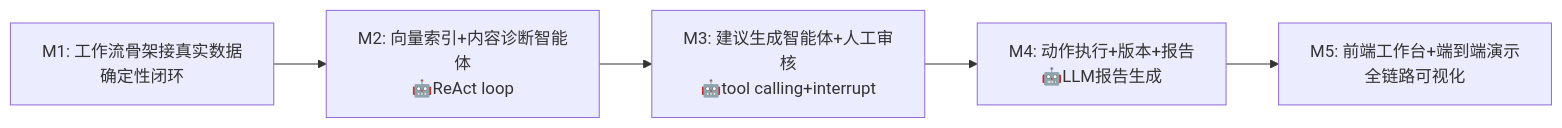
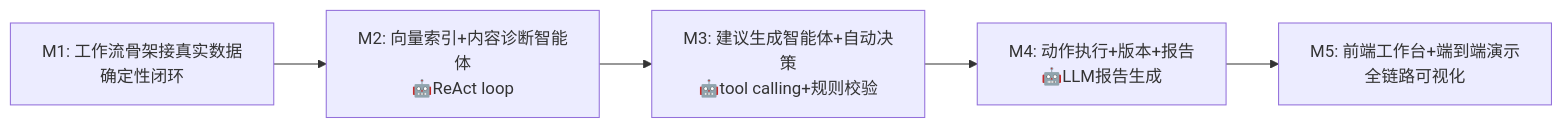
The diagram in dev-doc/00_开发里程碑索引.md (nagyan78/SystemMaintenanceAgent), drawn with Mermaid before and after one commit. The commit also changed other lines of this file and 78 other files, not shown here.

````diff
--- a/dev-doc/00_开发里程碑索引.md
+++ b/dev-doc/00_开发里程碑索引.md
@@ -66,7 +66,7 @@
 ```mermaid
 graph LR
     M1[M1: 工作流骨架接真实数据<br/>确定性闭环] --> M2[M2: 向量索引+内容诊断智能体<br/>🤖ReAct loop]
-    M2 --> M3[M3: 建议生成智能体+人工审核<br/>🤖tool calling+interrupt]
+    M2 --> M3[M3: 建议生成智能体+自动决策<br/>🤖tool calling+规则校验]
     M3 --> M4[M4: 动作执行+版本+报告<br/>🤖LLM报告生成]
     M4 --> M5[M5: 前端工作台+端到端演示<br/>全链路可视化]
 ```
````
